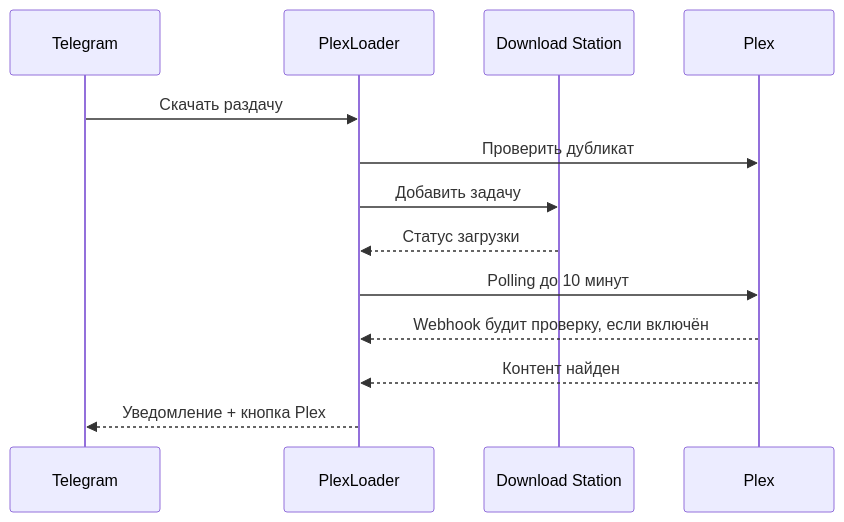
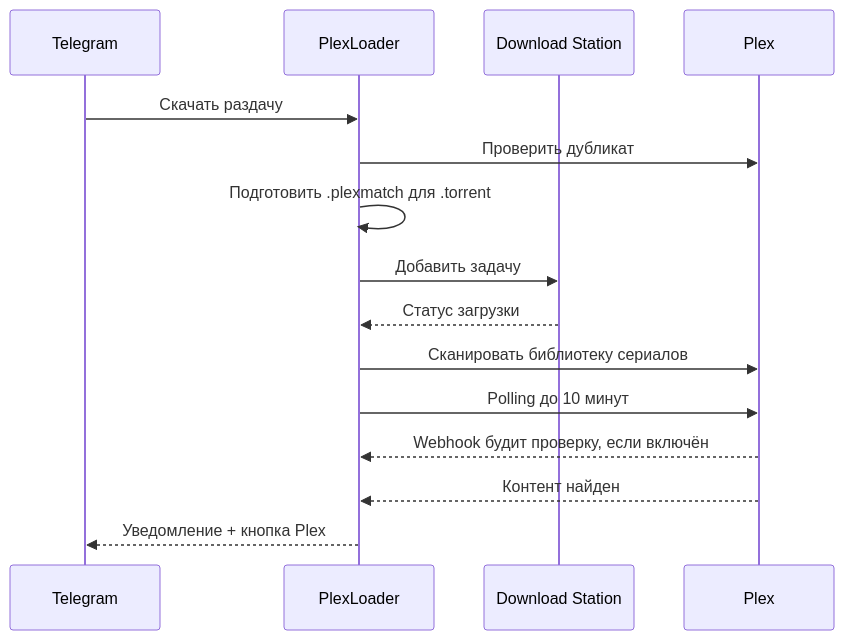
Before and after one commit to KiMorev/tg-torrent-bot: the second of 2 diagrams in README.md, drawn with Mermaid. The commit also changed other lines of this file and 9 other files, not shown here.

````diff
--- a/README.md
+++ b/README.md
@@ -184,16 +186,18 @@
 ```mermaid
 sequenceDiagram
     participant T as Telegram
     participant B as PlexLoader
     participant D as Download Station
     participant P as Plex
 
     T->>B: Скачать раздачу
     B->>P: Проверить дубликат
+    B->>B: Подготовить .plexmatch для .torrent
     B->>D: Добавить задачу
     D-->>B: Статус загрузки
+    B->>P: Сканировать библиотеку сериалов
     B->>P: Polling до 10 минут
     P-->>B: Webhook будит проверку, если включён
     P-->>B: Контент найден
     B-->>T: Уведомление + кнопка Plex
 ```
````
